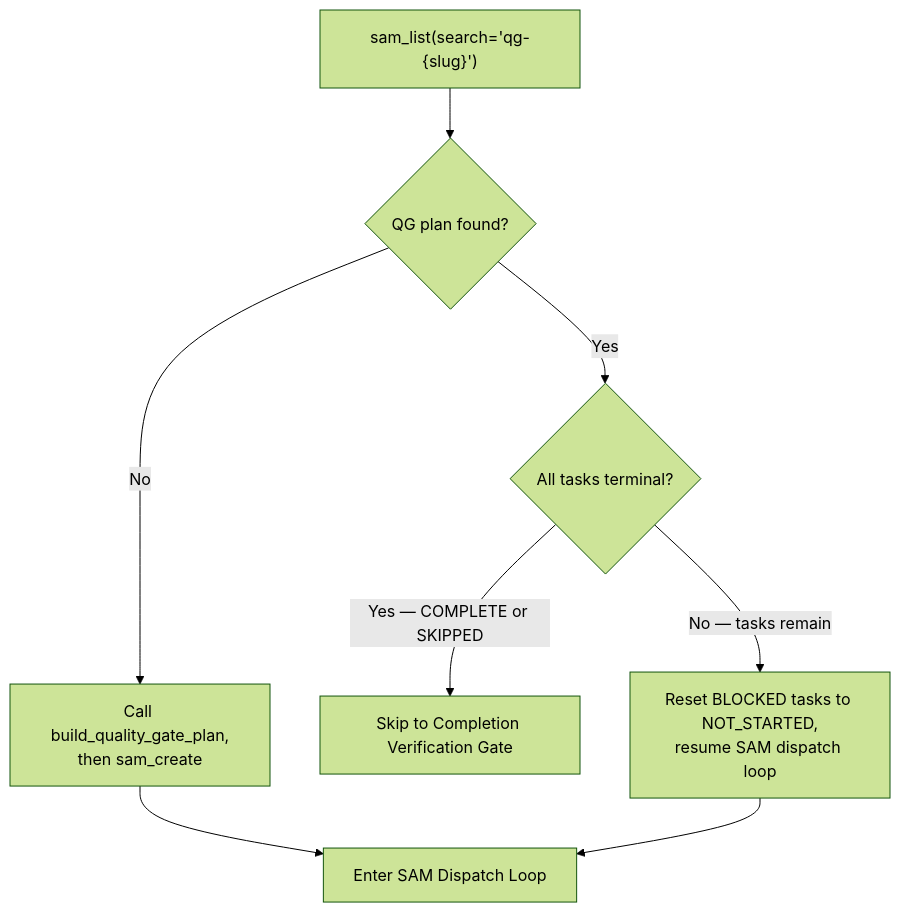
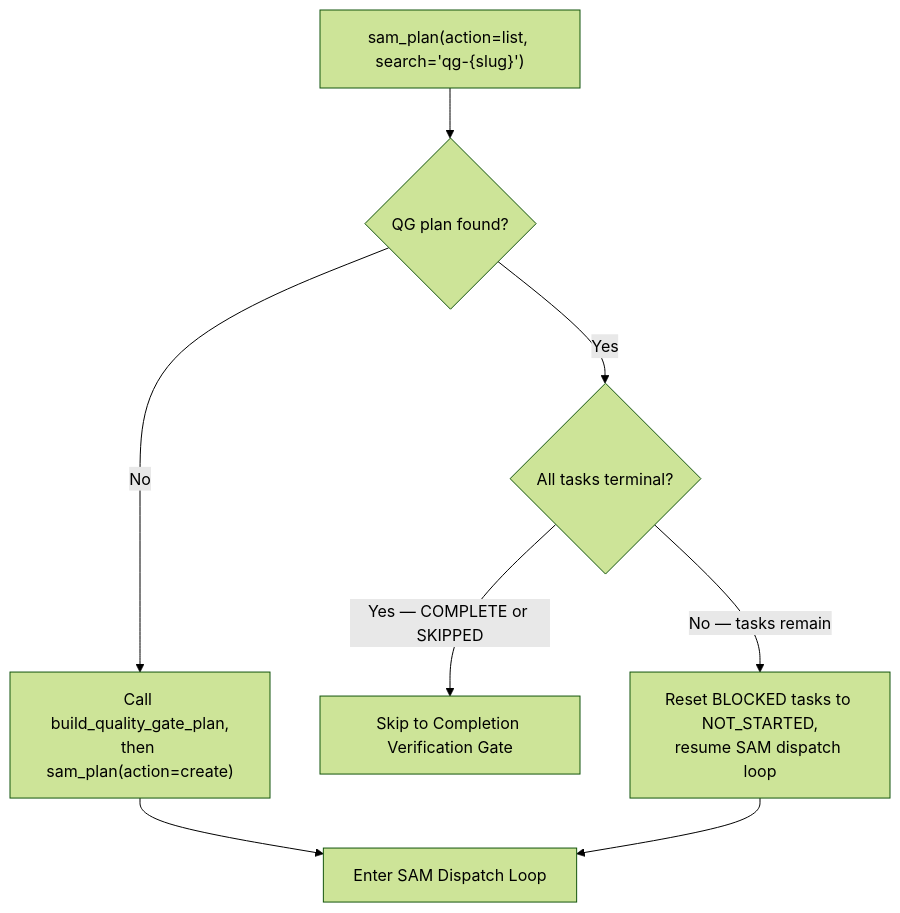
The sixth of 10 diagrams in plugins/development-harness/skills/complete-implementation/SKILL.md (chgreer1070/claude_skills), drawn with Mermaid (forest theme) before and after one commit. The commit also changed other lines of this file and 28 other files, not shown here.

````diff
--- a/plugins/development-harness/skills/complete-implementation/SKILL.md
+++ b/plugins/development-harness/skills/complete-implementation/SKILL.md
@@ -391,10 +391,10 @@
 ```mermaid
 flowchart TD
-    List["sam_list(search='qg-{slug}')"] --> Found{QG plan found?}
-    Found -->|No| Create["Call build_quality_gate_plan,<br>then sam_create"]
+    List["sam_plan(action=list, search='qg-{slug}')"] --> Found{QG plan found?}
+    Found -->|No| Create["Call build_quality_gate_plan,<br>then sam_plan(action=create)"]
     Found -->|Yes| Check{All tasks terminal?}
     Check -->|Yes — COMPLETE or SKIPPED| Skip["Skip to Completion Verification Gate"]
     Check -->|No — tasks remain| Reset["Reset BLOCKED tasks to NOT_STARTED,<br>resume SAM dispatch loop"]
     Create --> Loop["Enter SAM Dispatch Loop"]
     Reset --> Loop
 ```
````
